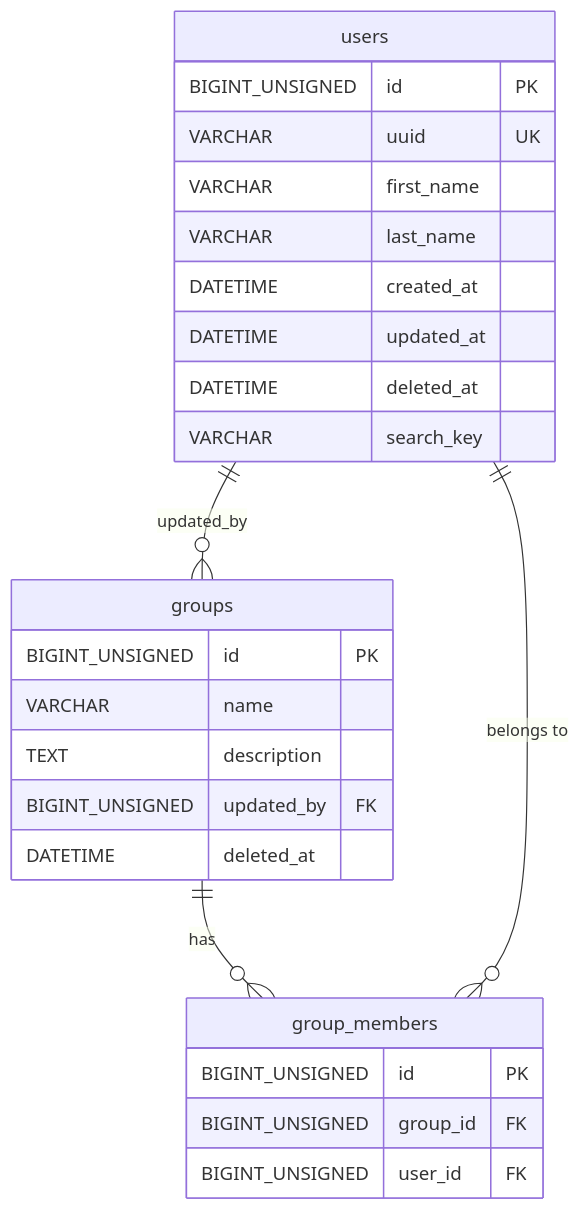
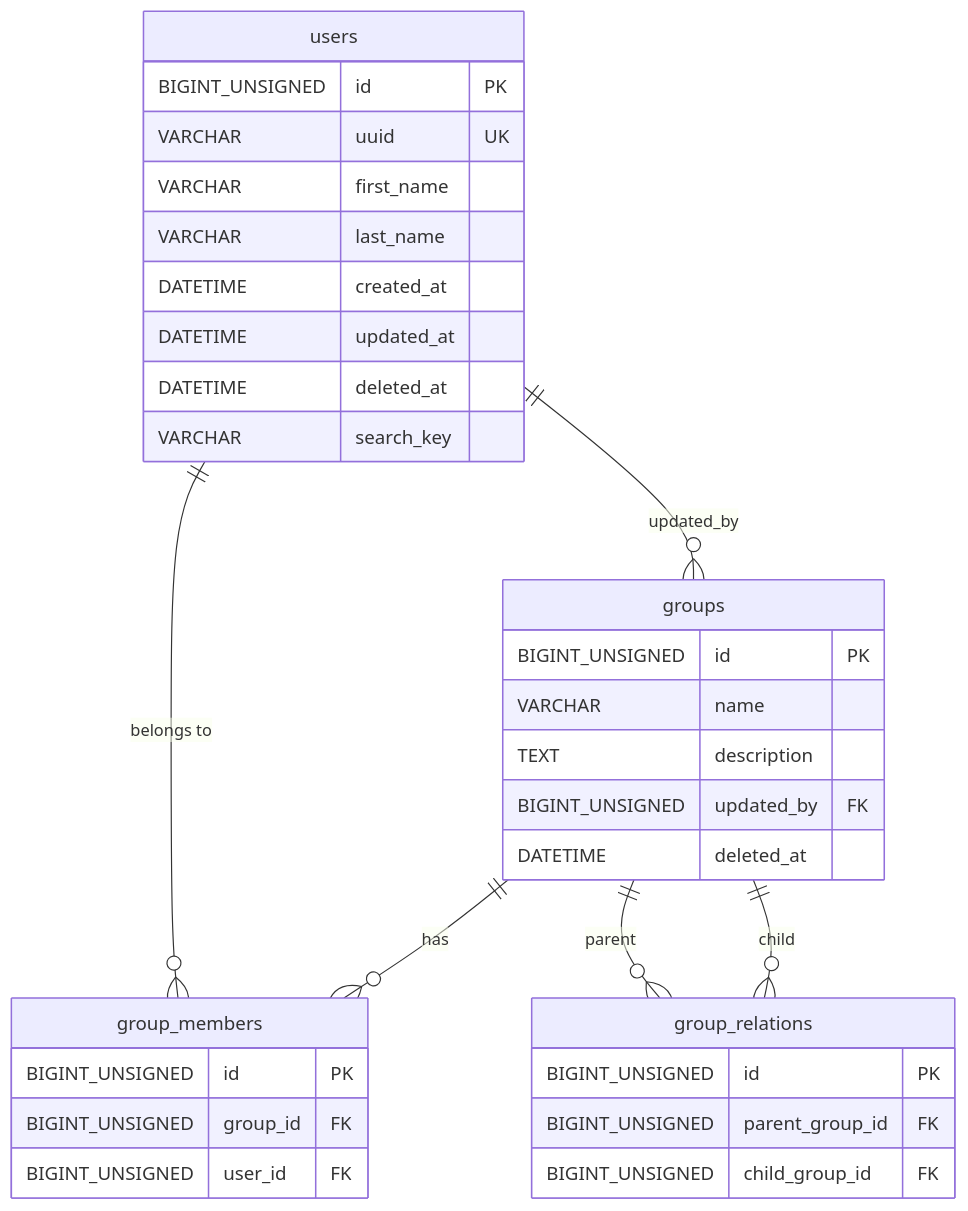
Before and after one commit to hrk-m/spec-to-dev-workflow: the diagram in plans/schema.md, drawn with Mermaid. The commit also changed other lines of this file and 3 other files, not shown here.

Commit message:
feat: add add-subgroup plans, schema, and get-group spec update

````diff
--- a/plans/schema.md
+++ b/plans/schema.md
@@ -211,28 +259,35 @@
 ```mermaid
 erDiagram
     groups {
         BIGINT_UNSIGNED id PK
         VARCHAR name
         TEXT description
         BIGINT_UNSIGNED updated_by FK
         DATETIME deleted_at
     }
     group_members {
         BIGINT_UNSIGNED id PK
         BIGINT_UNSIGNED group_id FK
         BIGINT_UNSIGNED user_id FK
     }
+    group_relations {
+        BIGINT_UNSIGNED id PK
+        BIGINT_UNSIGNED parent_group_id FK
+        BIGINT_UNSIGNED child_group_id FK
+    }
     users {
         BIGINT_UNSIGNED id PK
         VARCHAR uuid UK
         VARCHAR first_name
         VARCHAR last_name
         DATETIME created_at
         DATETIME updated_at
         DATETIME deleted_at
         VARCHAR search_key
     }
     groups ||--o{ group_members : "has"
     users ||--o{ group_members : "belongs to"
     users ||--o{ groups : "updated_by"
+    groups ||--o{ group_relations : "parent"
+    groups ||--o{ group_relations : "child"
 ```
````
